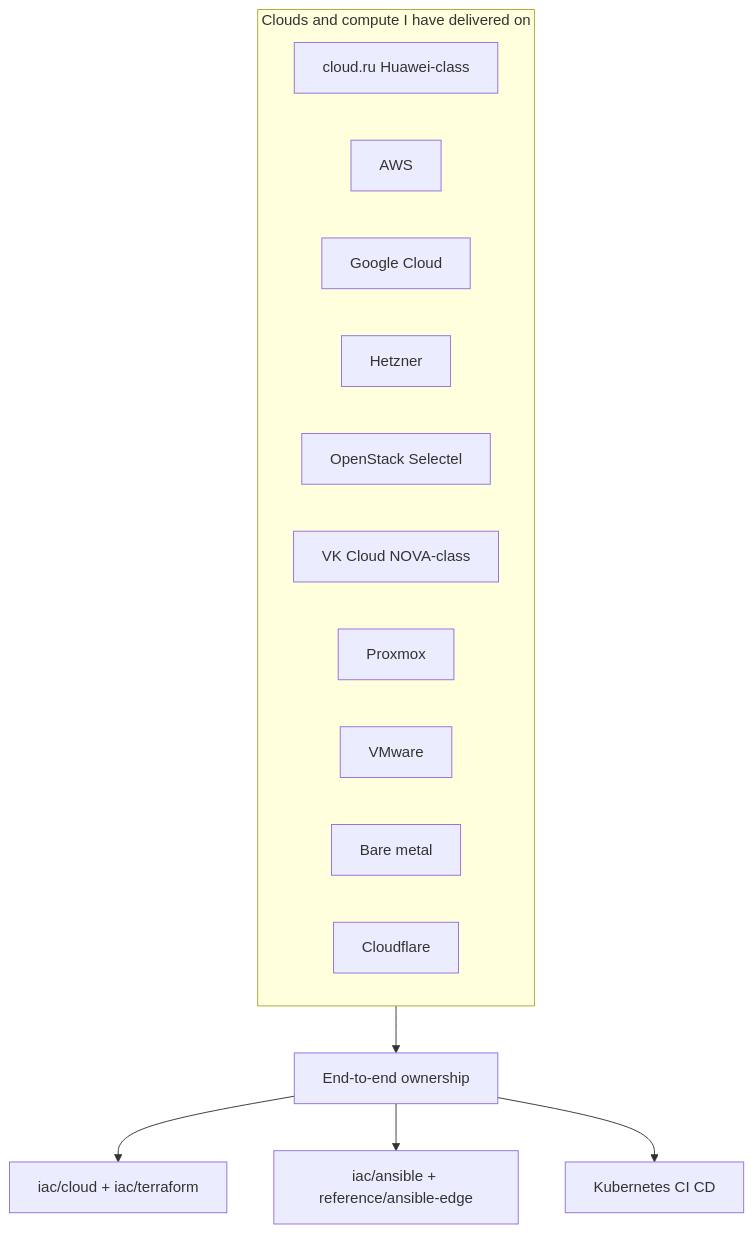
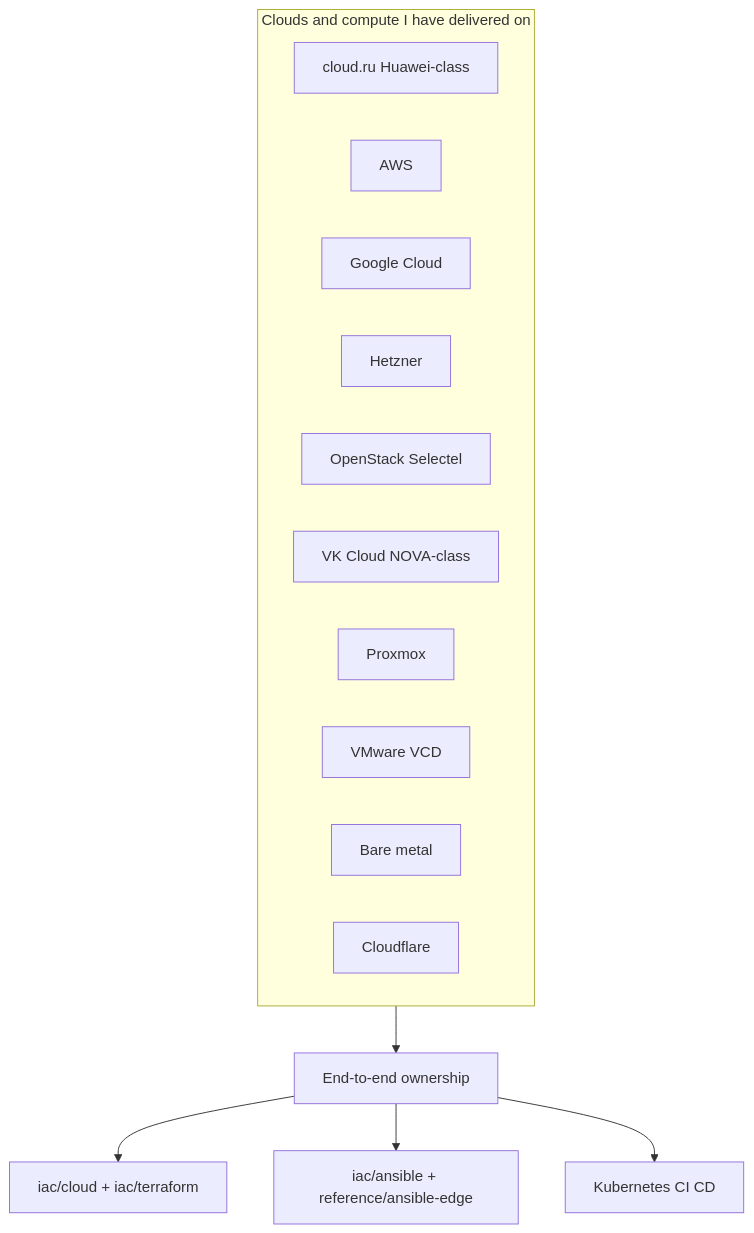
One commit to NarberallGamma/narberall-platform-engineer-lab changed the first of 4 diagrams in README.md. Above: the diagram before and after it, drawn with Mermaid. The commit also changed other lines of this file and 53 other files, not shown here.

First line of the commit message:
Add VMware VCD greenfield slice and a CI catalog for turnkey delivery.

````diff
--- a/README.md
+++ b/README.md
@@ -64,19 +68,19 @@
 ```mermaid
 flowchart TB
   subgraph clouds [Clouds and compute I have delivered on]
     CR[cloud.ru Huawei-class]
     AWS[AWS]
     GCP[Google Cloud]
     HZ[Hetzner]
     OS[OpenStack Selectel]
     VK[VK Cloud NOVA-class]
     PX[Proxmox]
-    VM[VMware]
+    VM[VMware VCD]
     BM[Bare metal]
     CF[Cloudflare]
   end
   clouds --> Own[End-to-end ownership]
   Own --> IaC[iac/cloud + iac/terraform]
   Own --> ANS[iac/ansible + reference/ansible-edge]
   Own --> K8s[Kubernetes CI CD]
 ```
````
